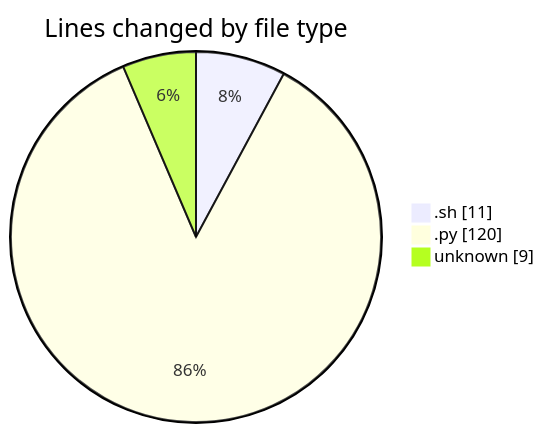
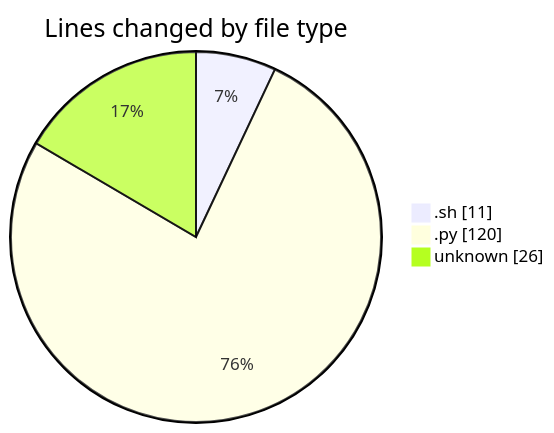
The first of 2 diagrams in 2025-01-25/samplepdf/README.md (momahboobian/code-tracking), drawn with Mermaid before and after one commit. The commit also changed other lines of this file and 1 other file, not shown here.

````diff
--- a/2025-01-25/samplepdf/README.md
+++ b/2025-01-25/samplepdf/README.md
@@ -24,7 +25,7 @@
 ```mermaid
 pie showData
 title Lines changed by file type
 ".sh" : 11
 ".py" : 120
-"unknown" : 9
+"unknown" : 26
 ```
````
